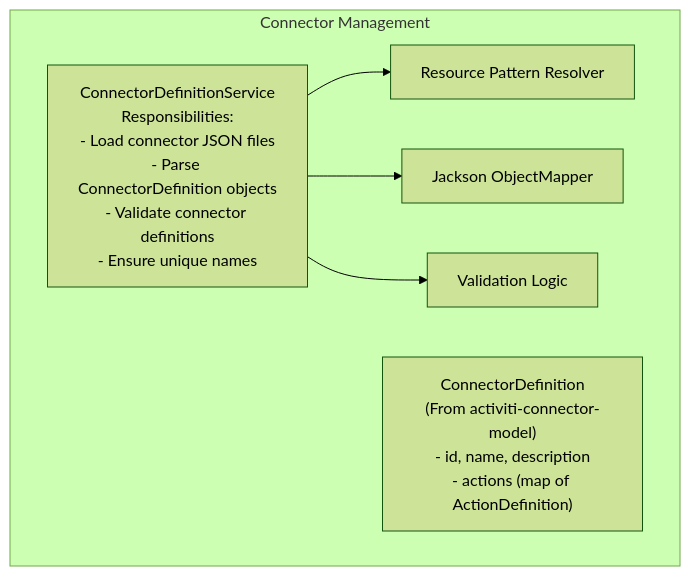
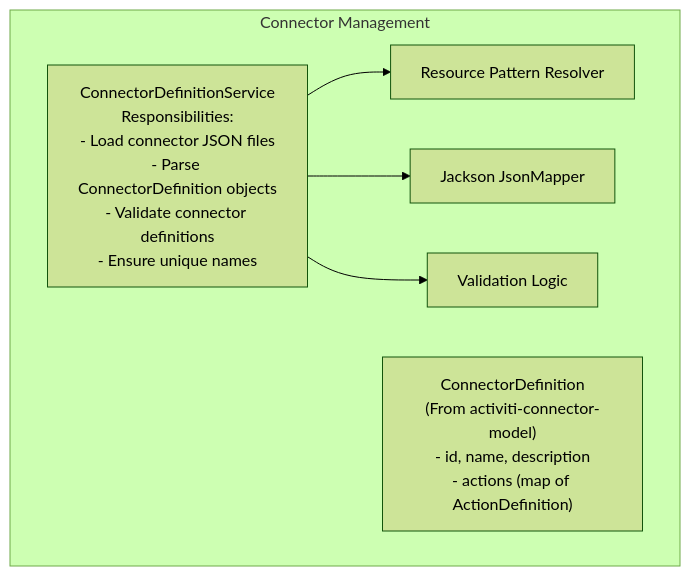
The first of 2 diagrams in docs/activiti/api-reference/core-common/spring-connector.mdx (CaptainGlac1er/activiti-documentation), drawn with Mermaid (forest theme) before and after one commit. The commit also changed other lines of this file and 91 other files, not shown here.

````diff
--- a/docs/activiti/api-reference/core-common/spring-connector.mdx
+++ b/docs/activiti/api-reference/core-common/spring-connector.mdx
@@ -73,13 +73,13 @@
 ```mermaid
 flowchart TD
     subgraph CM["Connector Management"]
         CDS["ConnectorDefinitionService<br/>Responsibilities:<br/>- Load connector JSON files<br/>- Parse ConnectorDefinition objects<br/>- Validate connector definitions<br/>- Ensure unique names"]
         RPR["Resource Pattern Resolver"]
-        JO["Jackson ObjectMapper"]
+        JO["Jackson JsonMapper"]
         VL["Validation Logic"]
         CD["ConnectorDefinition<br/>(From activiti-connector-model)<br/>- id, name, description<br/>- actions (map of ActionDefinition)"]
         CDS --> RPR
         CDS --> JO
         CDS --> VL
     end
 ```
````
